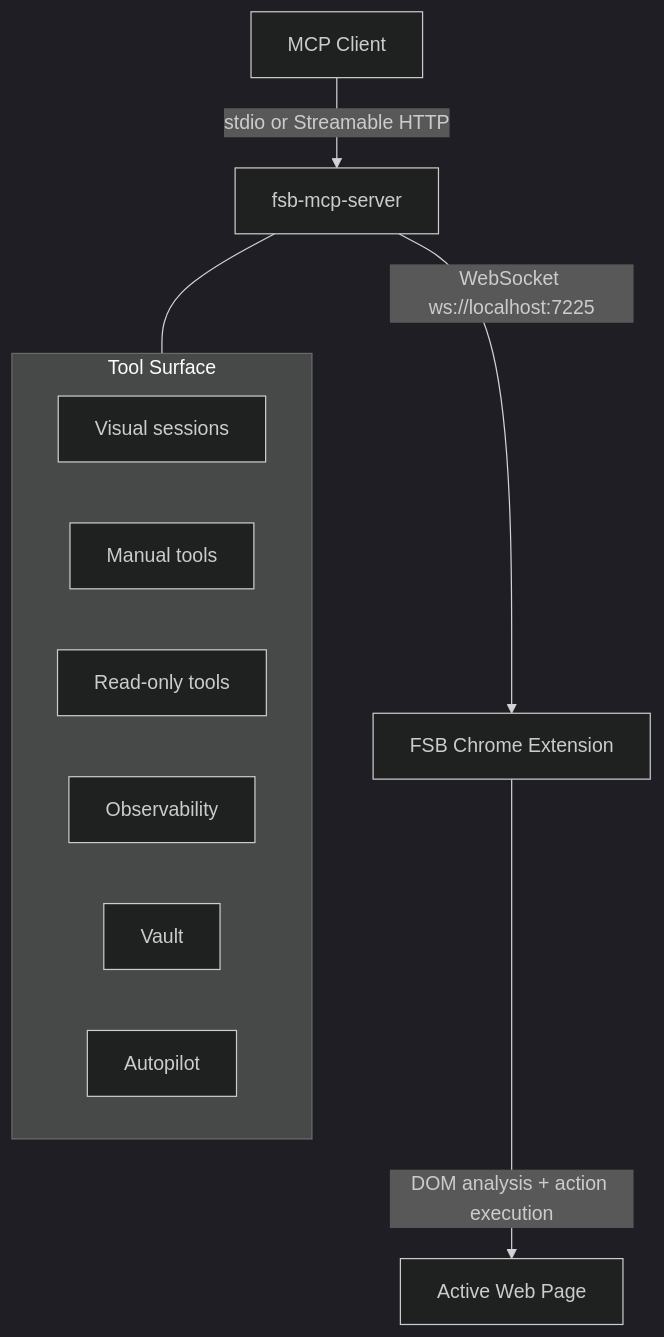
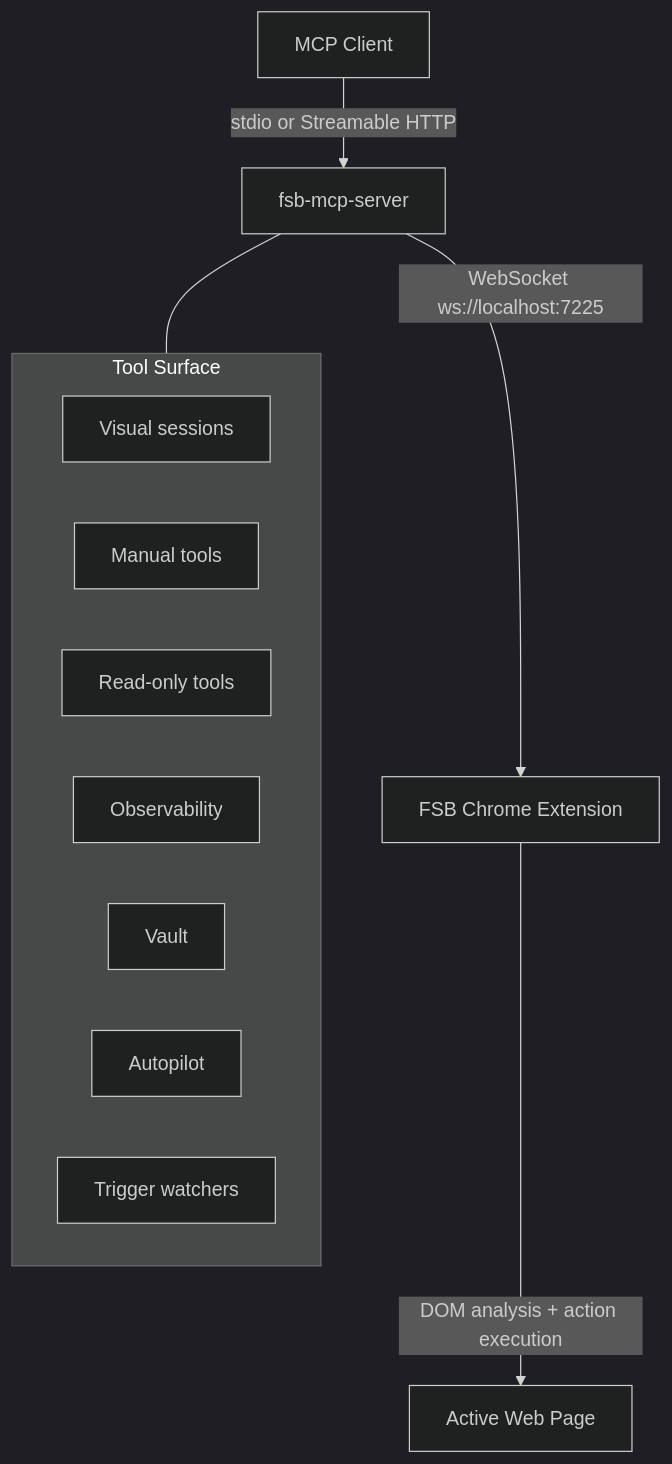
One commit to fullselfbrowsing/FSB changed the diagram in mcp/README.md. Above: the diagram before and after it, drawn with Mermaid (dark theme). The commit also changed other lines of this file and 2 other files, not shown here.

Commit message:
docs(20-04): document MCP trigger watchers

````diff
--- a/mcp/README.md
+++ b/mcp/README.md
@@ -465,17 +510,18 @@
 ```mermaid
 graph TD
     A["MCP Client"] -->|"stdio or Streamable HTTP"| B["fsb-mcp-server"]
     B -->|"WebSocket ws://localhost:7225"| C["FSB Chrome Extension"]
     C -->|"DOM analysis + action execution"| D["Active Web Page"]
 
     subgraph Surface["Tool Surface"]
       V["Visual sessions"]
       M["Manual tools"]
       R["Read-only tools"]
       O["Observability"]
       P["Vault"]
       T["Autopilot"]
+      W["Trigger watchers"]
     end
 
     B --- Surface
 ```
````
